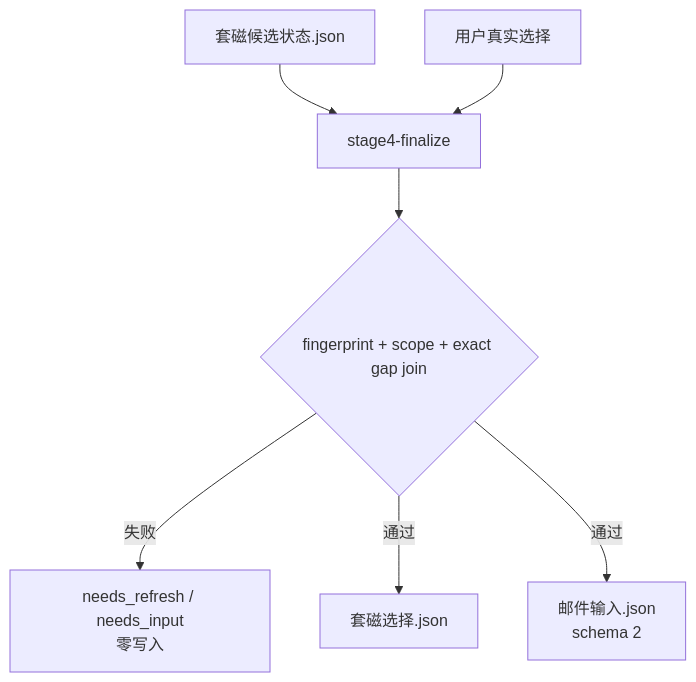
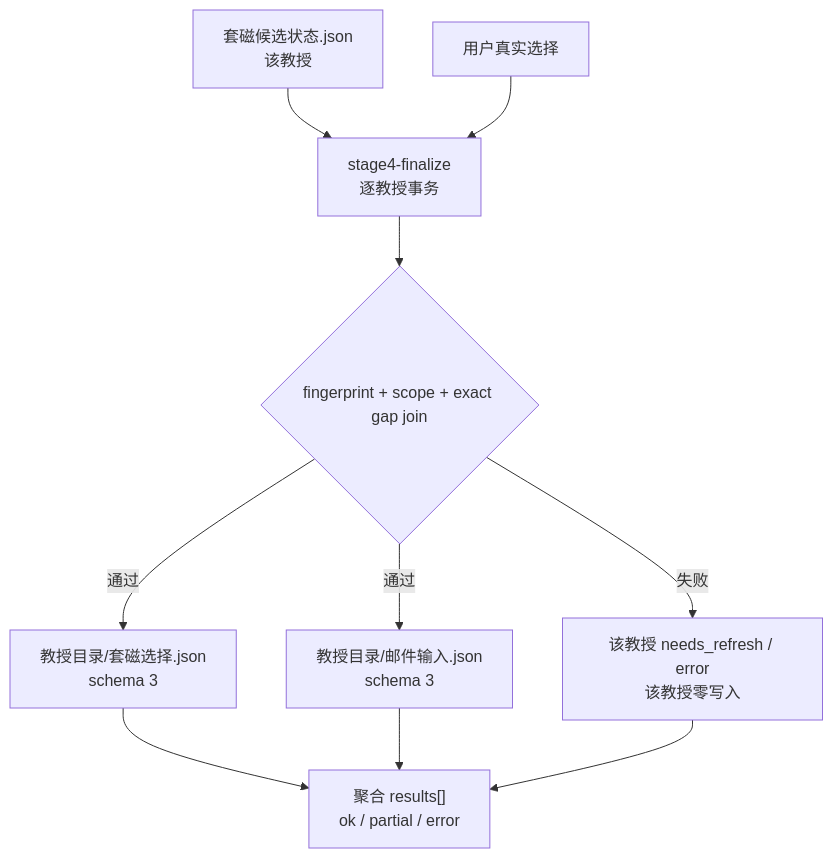
Before and after one commit to ScholarWorkflow/professor-contact: the sixth of 10 diagrams in .apm/skills/professor-contact/docs/workflow-reference.md, drawn with Mermaid. The commit also changed other lines of this file and 16 other files, not shown here.

````diff
--- a/.apm/skills/professor-contact/docs/workflow-reference.md
+++ b/.apm/skills/professor-contact/docs/workflow-reference.md
@@ -223,16 +225,20 @@
 ```mermaid
 flowchart TD
-    ST["套磁候选状态.json"]
+    ST["套磁候选状态.json<br/>该教授"]
     USER["用户真实选择"]
-    F["stage4-finalize"]
+    F["stage4-finalize<br/>逐教授事务"]
     G{"fingerprint + scope + exact gap join"}
-    STOP["needs_refresh / needs_input<br/>零写入"]
-    SEL["套磁选择.json"]
-    MAIL["邮件输入.json<br/>schema 2"]
+    STOP["该教授 needs_refresh / error<br/>该教授零写入"]
+    SEL["教授目录/套磁选择.json<br/>schema 3"]
+    MAIL["教授目录/邮件输入.json<br/>schema 3"]
+    AGG["聚合 results[]<br/>ok / partial / error"]
 
     ST --> F
     USER --> F --> G
     G -->|"失败"| STOP
     G -->|"通过"| SEL
     G -->|"通过"| MAIL
+    SEL --> AGG
+    MAIL --> AGG
+    STOP --> AGG
 ```
````
